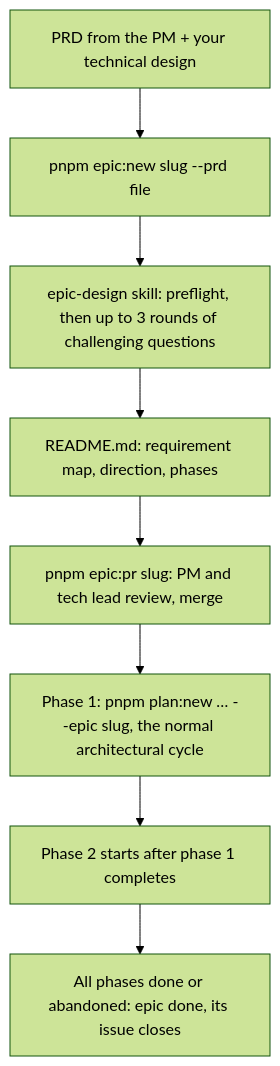
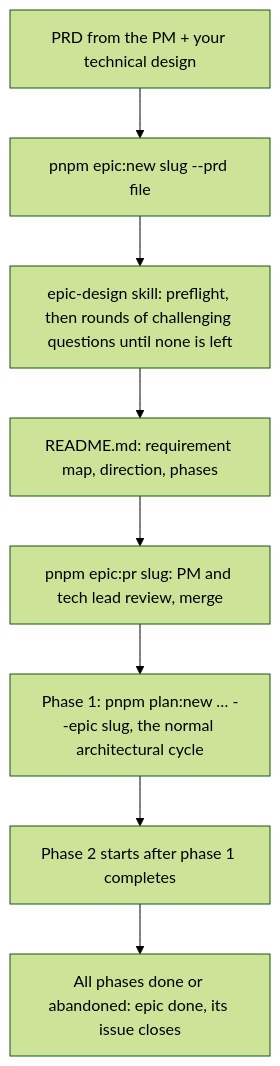
The fourth of 4 diagrams in docs/WORKFLOW.md (omglikeomg/sdd-lite), drawn with Mermaid (forest theme) before and after one commit. The commit also changed other lines of this file and 4 other files, not shown here.

First line of the commit message:
feat(skills): frontier question rounds in epic-design (#11)

````diff
--- a/docs/WORKFLOW.md
+++ b/docs/WORKFLOW.md
@@ -263,10 +263,10 @@
 ```mermaid
 flowchart TD
   prd[PRD from the PM + your technical design] --> new[pnpm epic:new slug --prd file]
-  new --> skill[epic-design skill: preflight, then up to 3 rounds of challenging questions]
+  new --> skill[epic-design skill: preflight, then rounds of challenging questions until none is left]
   skill --> write[README.md: requirement map, direction, phases]
   write --> pr[pnpm epic:pr slug: PM and tech lead review, merge]
   pr --> p1[Phase 1: pnpm plan:new … --epic slug, the normal architectural cycle]
   p1 --> p2[Phase 2 starts after phase 1 completes]
   p2 --> done[All phases done or abandoned: epic done, its issue closes]
 ```
````
